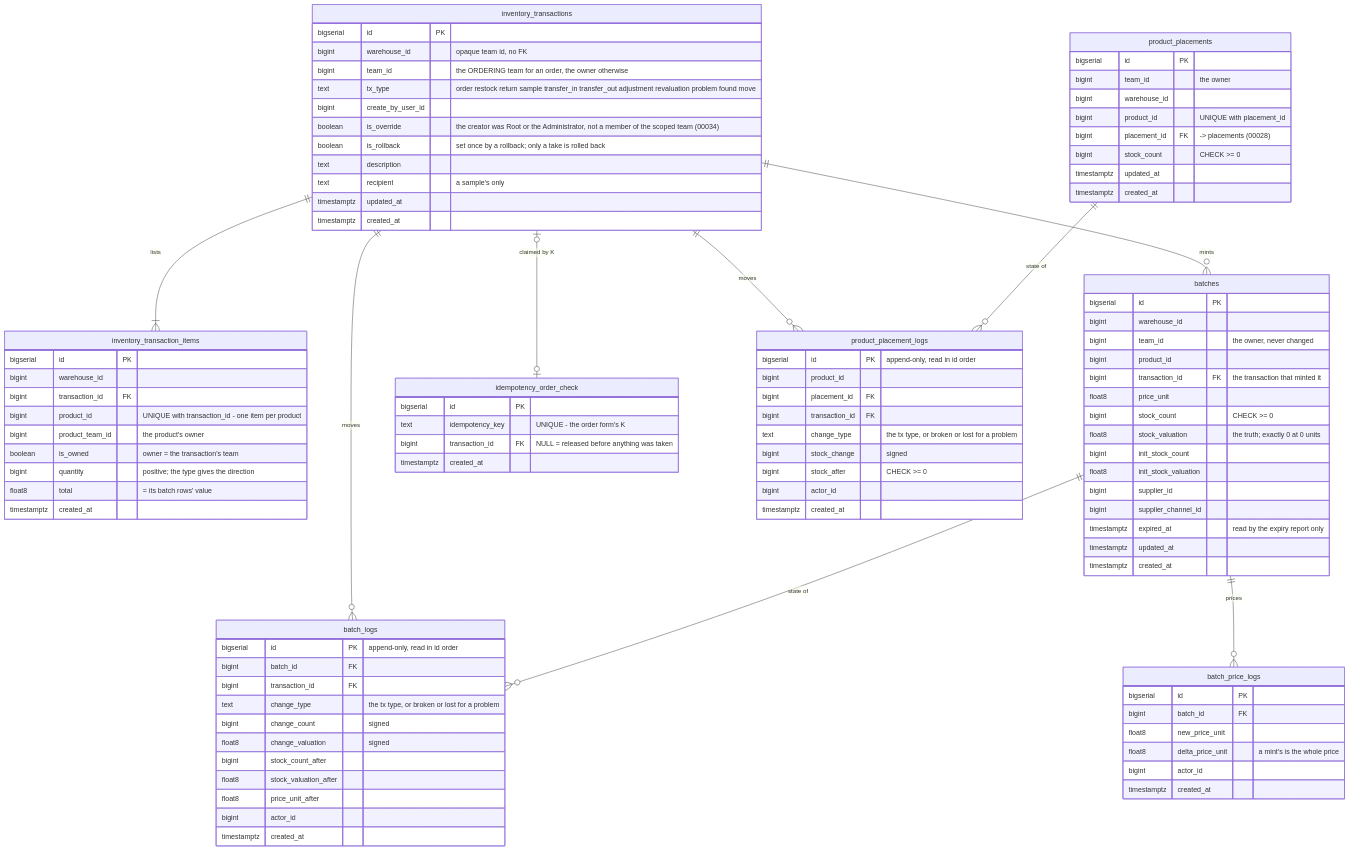
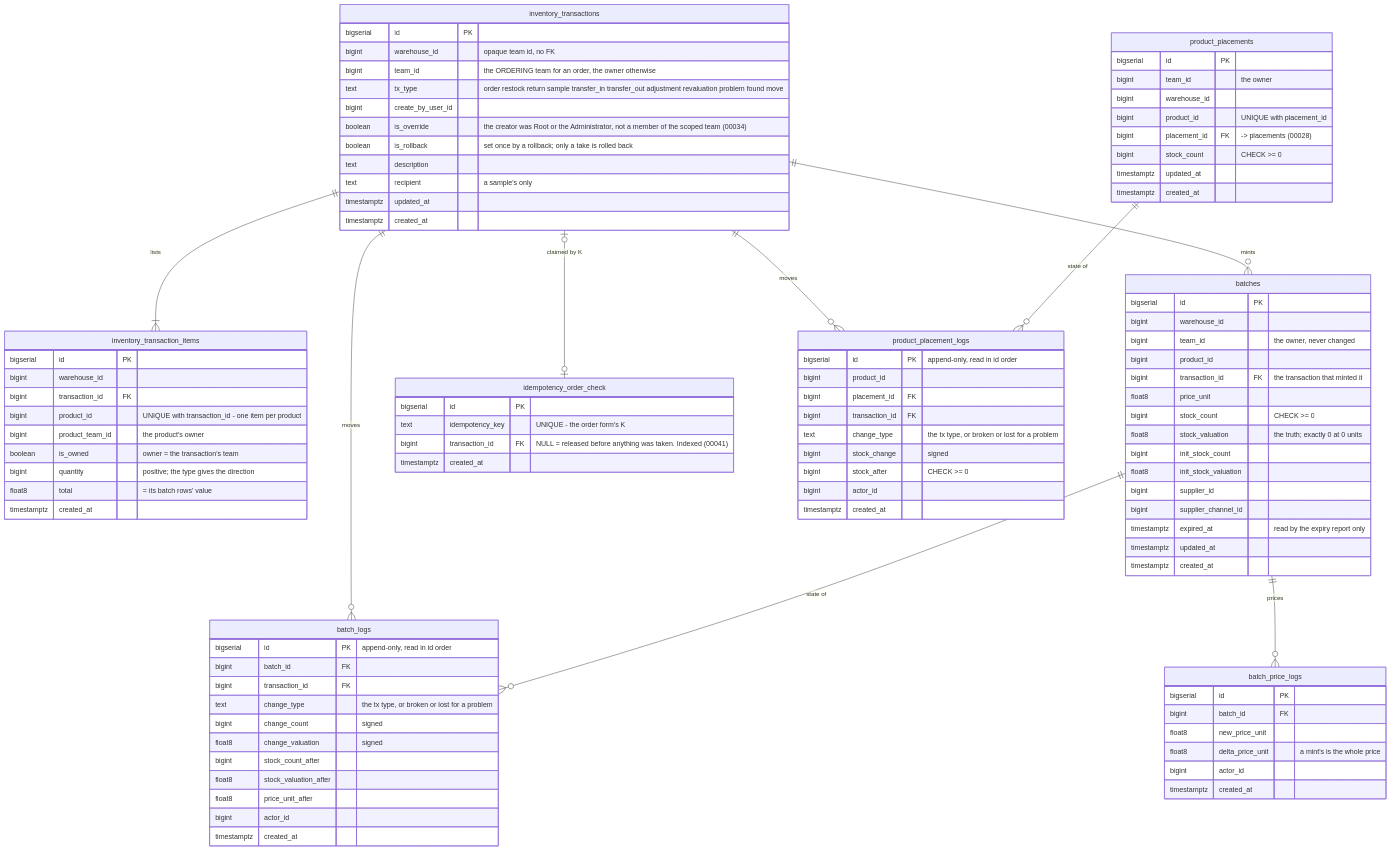
The ninth of 24 diagrams in docs/database-schema.md (pdcgo/warehouse_revamp), drawn with Mermaid before and after one commit. The commit also changed other lines of this file and 45 other files, not shown here.

```diff
--- a/docs/database-schema.md
+++ b/docs/database-schema.md
@@ -1336,7 +1336,7 @@
     idempotency_order_check {
         bigserial   id              PK
         text        idempotency_key "UNIQUE - the order form's K"
-        bigint      transaction_id  FK "NULL = released before anything was taken"
+        bigint      transaction_id  FK "NULL = released before anything was taken. Indexed (00041)"
         timestamptz created_at
     }
     product_placement_logs {
```
